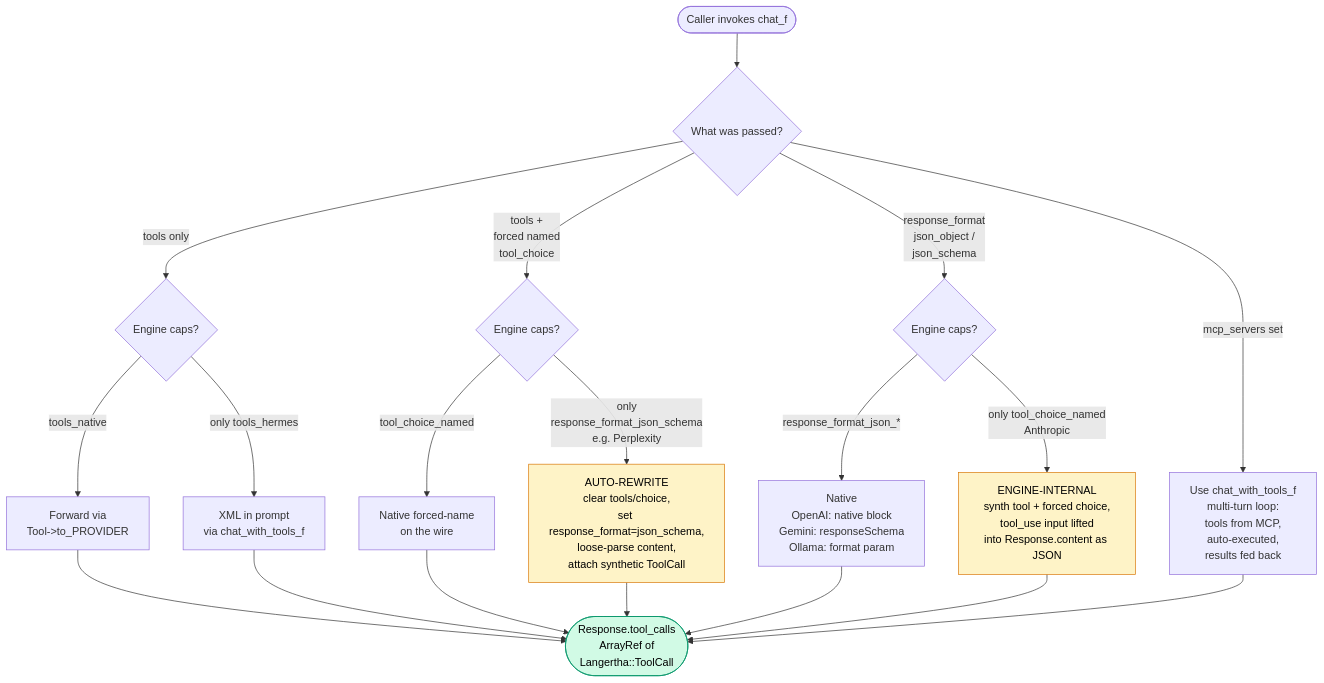
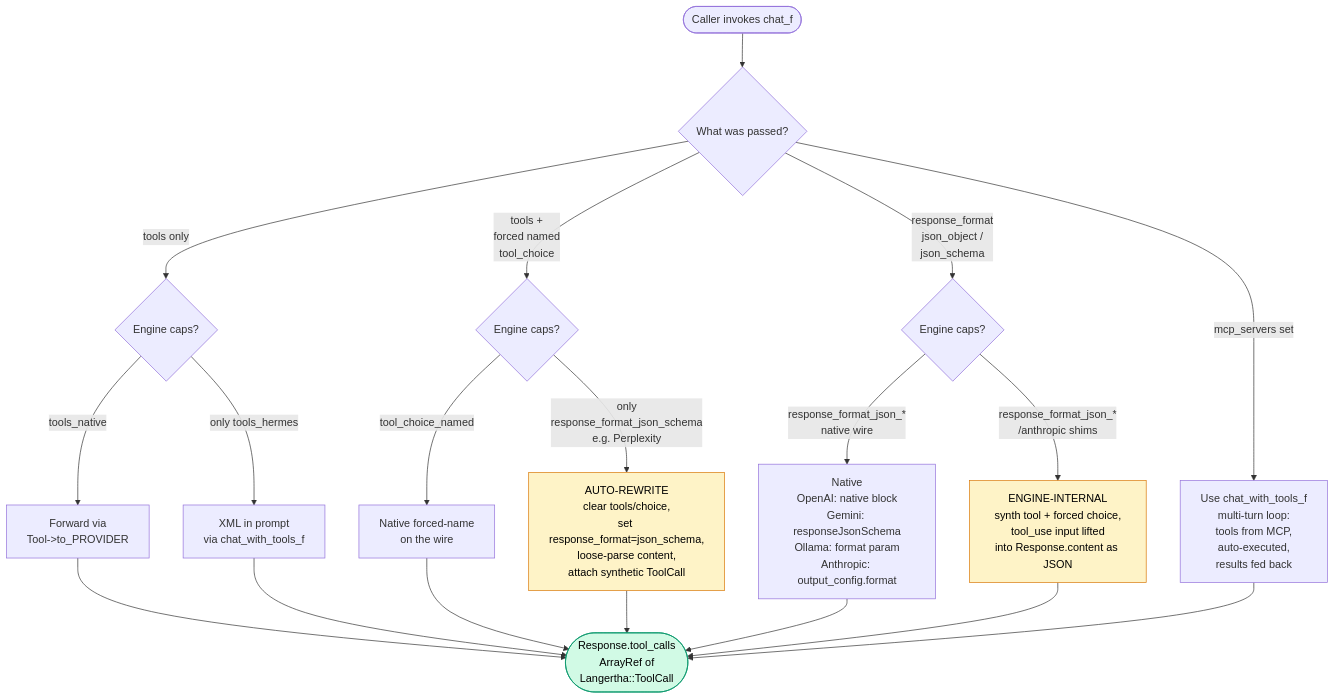
One commit to Getty/langertha changed the diagram in README.md. Above: the diagram before and after it, drawn with Mermaid. The commit also changed other lines of this file and 1 other file, not shown here.

First line of the commit message:
Docs: reconcile structured-output matrix, engine map and AKI notes

````diff
--- a/README.md
+++ b/README.md
@@ -410,31 +410,31 @@
 ```mermaid
 flowchart TD
     Start([Caller invokes chat_f]) --> Q{What was passed?}
 
     Q -->|tools only| T{Engine caps?}
     Q -->|tools +<br>forced named<br>tool_choice| F{Engine caps?}
     Q -->|response_format<br>json_object /<br>json_schema| R{Engine caps?}
     Q -->|mcp_servers set| MCP[Use chat_with_tools_f<br>multi-turn loop:<br>tools from MCP,<br>auto-executed,<br>results fed back]
 
     T -->|tools_native| TA[Forward via<br>Tool->to_PROVIDER]
     T -->|only tools_hermes| TB[XML in prompt<br>via chat_with_tools_f]
 
     F -->|tool_choice_named| FA[Native forced-name<br>on the wire]
     F -->|only<br>response_format_json_schema<br>e.g. Perplexity| FB[AUTO-REWRITE<br>clear tools/choice,<br>set response_format=json_schema,<br>loose-parse content,<br>attach synthetic ToolCall]
 
-    R -->|response_format_json_*| RA[Native<br>OpenAI: native block<br>Gemini: responseSchema<br>Ollama: format param]
-    R -->|only tool_choice_named<br>Anthropic| RB[ENGINE-INTERNAL<br>synth tool + forced choice,<br>tool_use input lifted<br>into Response.content as JSON]
+    R -->|response_format_json_*<br>native wire| RA[Native<br>OpenAI: native block<br>Gemini: responseJsonSchema<br>Ollama: format param<br>Anthropic: output_config.format]
+    R -->|response_format_json_*<br>/anthropic shims| RB[ENGINE-INTERNAL<br>synth tool + forced choice,<br>tool_use input lifted<br>into Response.content as JSON]
 
     TA --> End([Response.tool_calls<br>ArrayRef of<br>Langertha::ToolCall])
     TB --> End
     FA --> End
     FB --> End
     RA --> End
     RB --> End
     MCP --> End
 
     classDef rewrite fill:#fef3c7,stroke:#d97706,color:#000
     classDef done fill:#d1fae5,stroke:#059669,color:#000
     class FB,RB rewrite
     class End done
 ```
````
